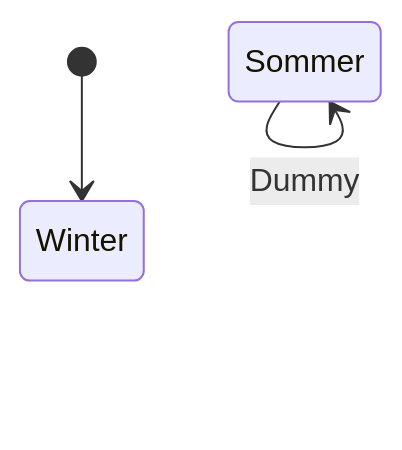
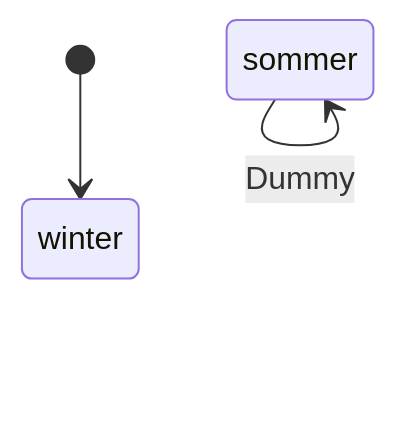
One commit to petermaerki/puenterswis_heizung_2023_git changed the diagram in steuerung_automatik/zero-software/doc/statemachine_HsmJahreszeit.md. Above: the diagram before and after it, drawn with Mermaid. The commit also changed 4 other files, not shown here.

````diff
--- a/steuerung_automatik/zero-software/doc/statemachine_HsmJahreszeit.md
+++ b/steuerung_automatik/zero-software/doc/statemachine_HsmJahreszeit.md
@@ -1,12 +1,12 @@
 ```mermaid
 stateDiagram-v2
-    Sommer: Sommer
-    state Sommer
-    Sommer --> Sommer: Dummy
+    sommer: sommer
+    state sommer
+    sommer --> sommer: Dummy
 
-    Winter: Winter
-    state Winter
-    [*] --> Winter
+    winter: winter
+    state winter
+    [*] --> winter
 
     %% Transitions
 ```
````
